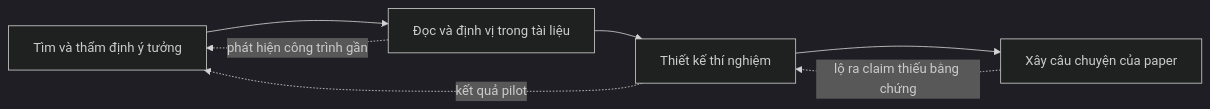
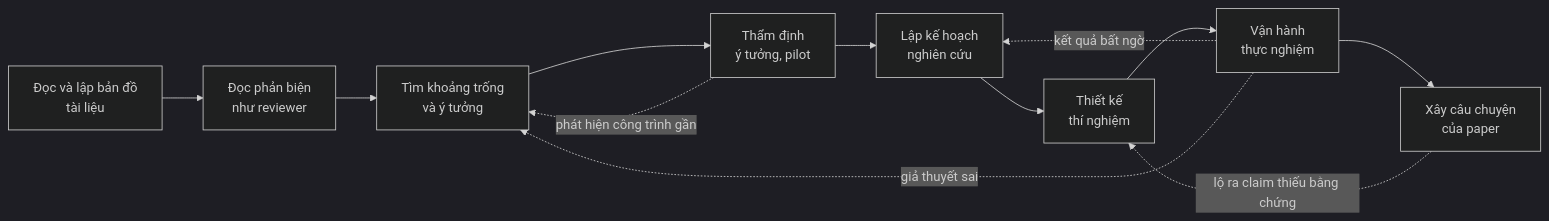
Before and after one commit to tuandung222/How-to-write-Astar-Paper: the diagram in docs/01-truoc-khi-viet/index.md, drawn with Mermaid (dark theme). The commit also changed other lines of this file and 93 other files, not shown here.

````diff
--- a/docs/01-truoc-khi-viet/index.md
+++ b/docs/01-truoc-khi-viet/index.md
@@ -11,9 +20,14 @@
 ```mermaid
 flowchart LR
-  A["Tìm và thẩm định ý tưởng"] --> B["Đọc và định vị trong tài liệu"]
-  B --> C["Thiết kế thí nghiệm"]
-  C --> D["Xây câu chuyện của paper"]
-  B -.->|"phát hiện công trình gần"| A
-  C -.->|"kết quả pilot"| A
-  D -.->|"lộ ra claim thiếu bằng chứng"| C
+  A["Đọc và lập bản đồ<br/>tài liệu"] --> B["Đọc phản biện<br/>như reviewer"]
+  B --> C["Tìm khoảng trống<br/>và ý tưởng"]
+  C --> D["Thẩm định<br/>ý tưởng, pilot"]
+  D --> E["Lập kế hoạch<br/>nghiên cứu"]
+  E --> F["Thiết kế<br/>thí nghiệm"]
+  F --> G["Vận hành<br/>thực nghiệm"]
+  G --> H["Xây câu chuyện<br/>của paper"]
+  D -.->|"phát hiện công trình gần"| C
+  G -.->|"kết quả bất ngờ"| E
+  G -.->|"giả thuyết sai"| C
+  H -.->|"lộ ra claim thiếu bằng chứng"| F
 ```
````
